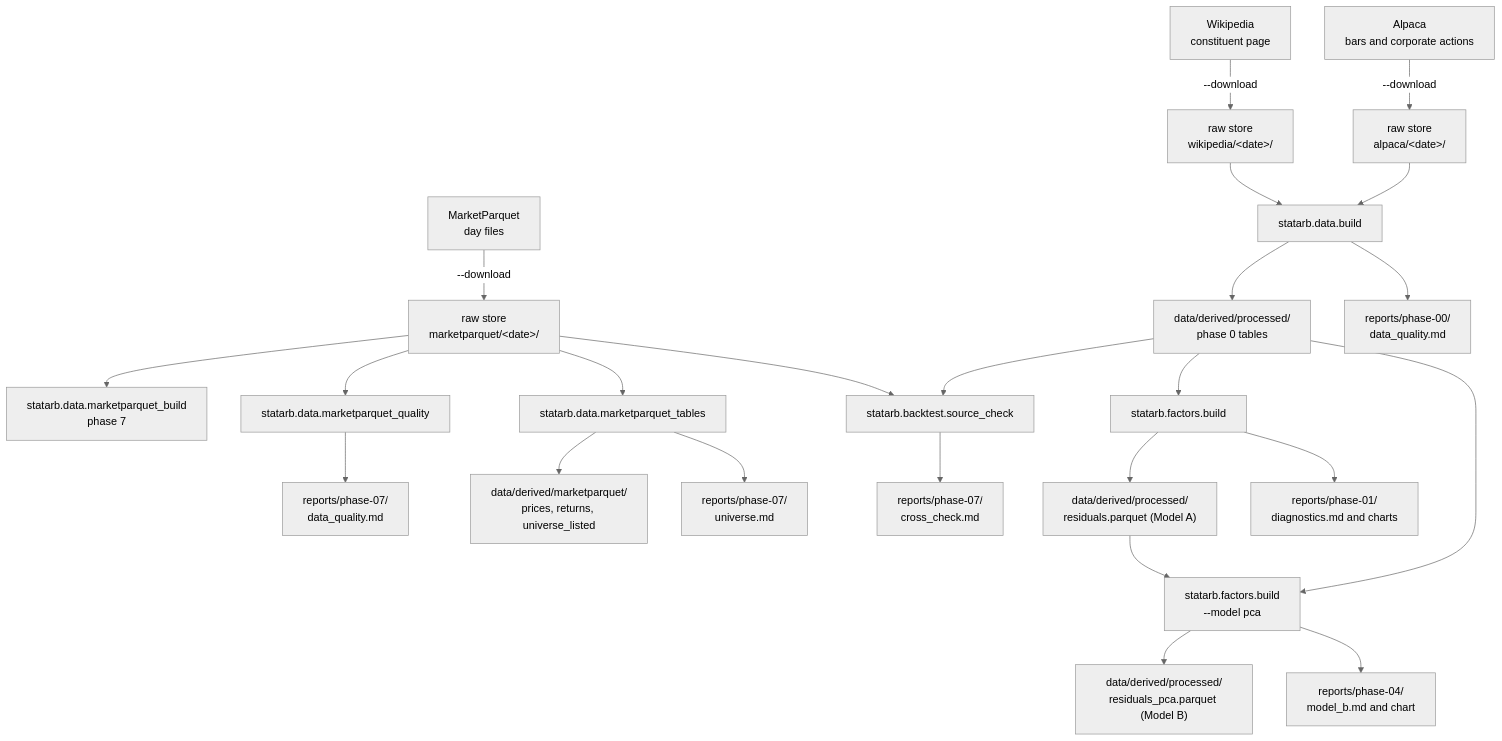
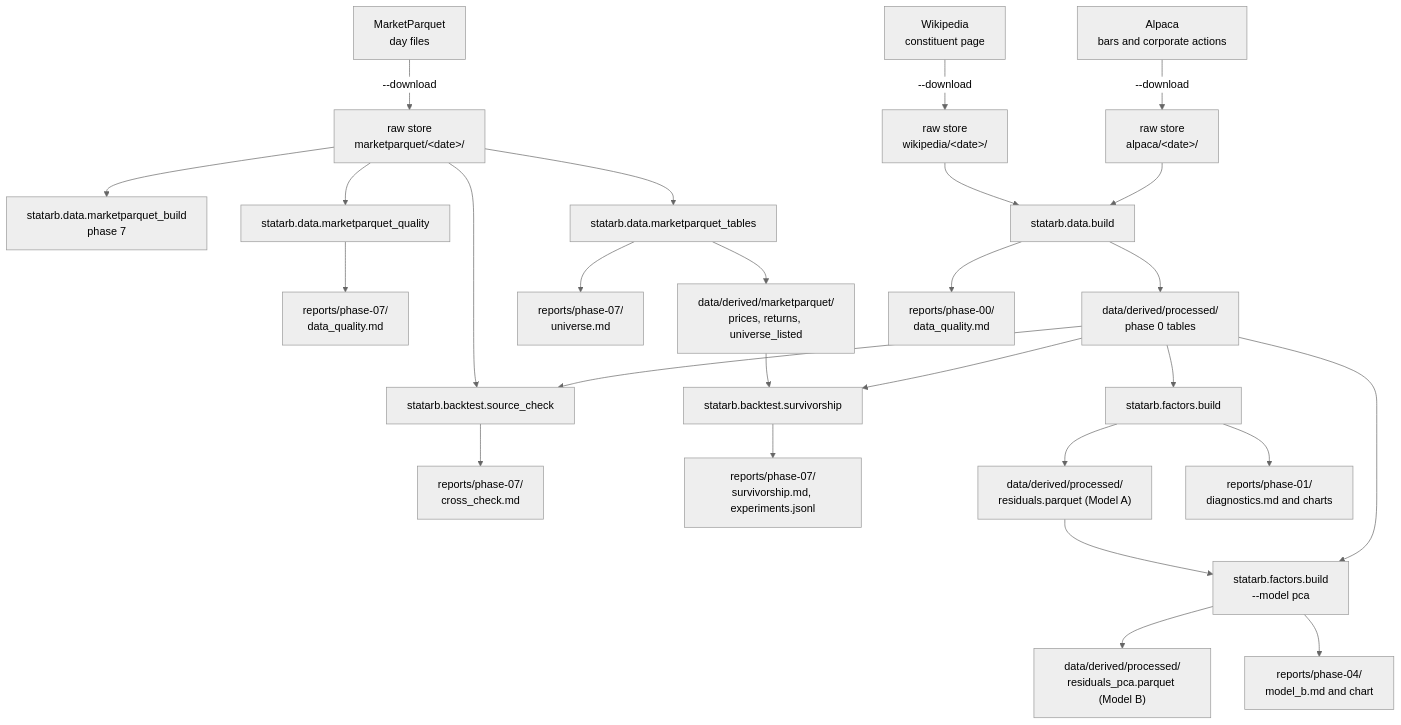
One commit to tcrossland/stat-arb-from-scratch changed the first of 3 diagrams in docs/architecture.md. Above: the diagram before and after it, drawn with Mermaid (neutral theme). The commit also changed other lines of this file and 7 other files, not shown here.

First line of the commit message:
feat(backtest): add the survivorship measurement's runner

````diff
--- a/docs/architecture.md
+++ b/docs/architecture.md
@@ -9,26 +9,29 @@
 ```mermaid
 flowchart TB
     W["Wikipedia<br/>constituent page"] -->|--download| RW["raw store<br/>wikipedia/&lt;date&gt;/"]
     A["Alpaca<br/>bars and corporate actions"] -->|--download| RA["raw store<br/>alpaca/&lt;date&gt;/"]
     M["MarketParquet<br/>day files"] -->|--download| RM["raw store<br/>marketparquet/&lt;date&gt;/"]
     RM --> MB["statarb.data.marketparquet_build<br/>phase 7"]
     RM --> MQ["statarb.data.marketparquet_quality"]
     MQ --> QM["reports/phase-07/<br/>data_quality.md"]
     RM --> MT["statarb.data.marketparquet_tables"]
     MT --> PM["data/derived/marketparquet/<br/>prices, returns, universe_listed"]
     MT --> UM["reports/phase-07/<br/>universe.md"]
     RM --> SC["statarb.backtest.source_check"]
     P --> SC
     SC --> XC["reports/phase-07/<br/>cross_check.md"]
+    PM --> SV["statarb.backtest.survivorship"]
+    P --> SV
+    SV --> SR["reports/phase-07/<br/>survivorship.md, experiments.jsonl"]
     RW --> B["statarb.data.build"]
     RA --> B
     B --> P["data/derived/processed/<br/>phase 0 tables"]
     B --> Q["reports/phase-00/<br/>data_quality.md"]
     P --> F["statarb.factors.build"]
     F --> RS["data/derived/processed/<br/>residuals.parquet (Model A)"]
     F --> FR["reports/phase-01/<br/>diagnostics.md and charts"]
     RS --> FB["statarb.factors.build<br/>--model pca"]
     P --> FB
     FB --> RB["data/derived/processed/<br/>residuals_pca.parquet (Model B)"]
     FB --> FBR["reports/phase-04/<br/>model_b.md and chart"]
 ```
````
